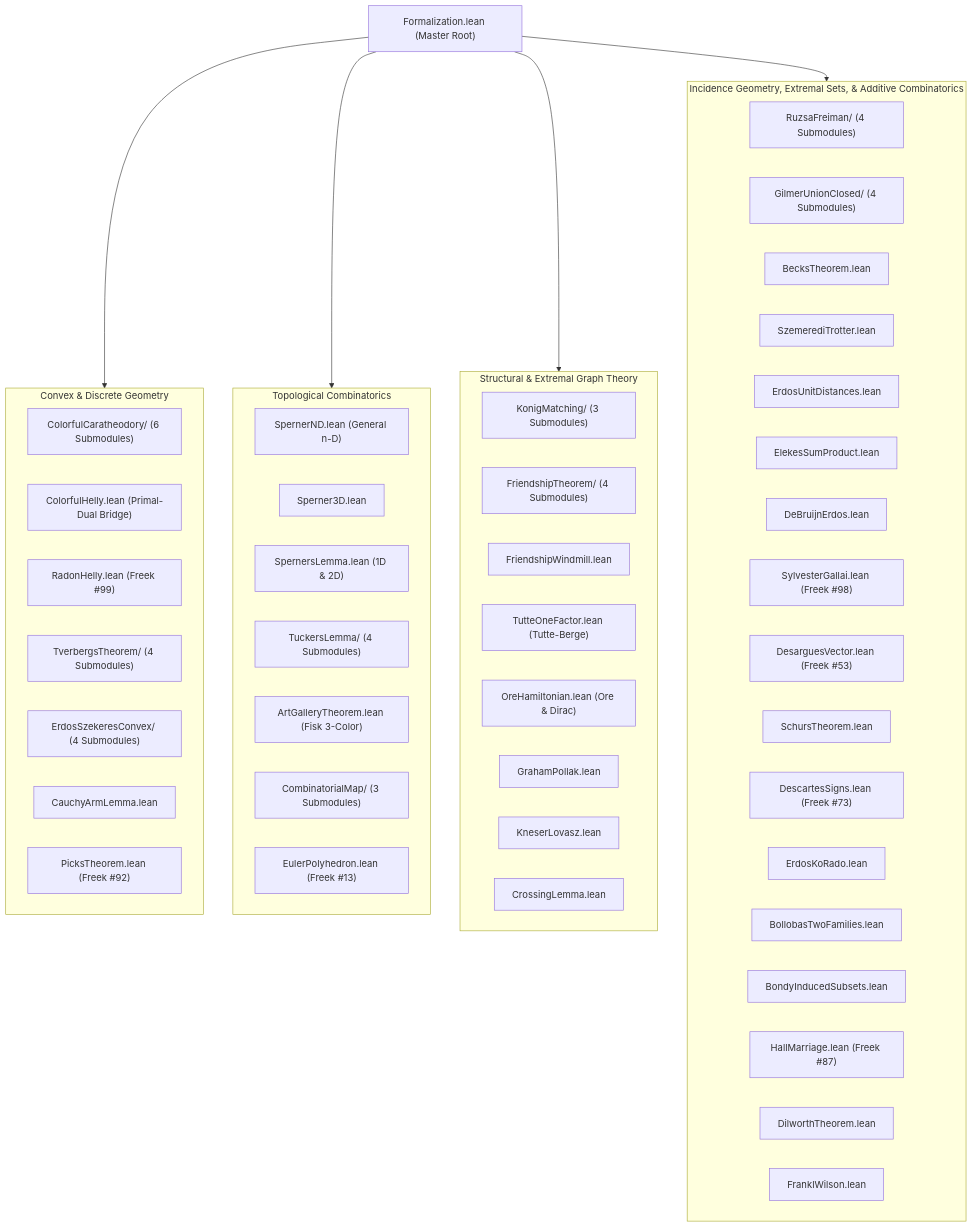
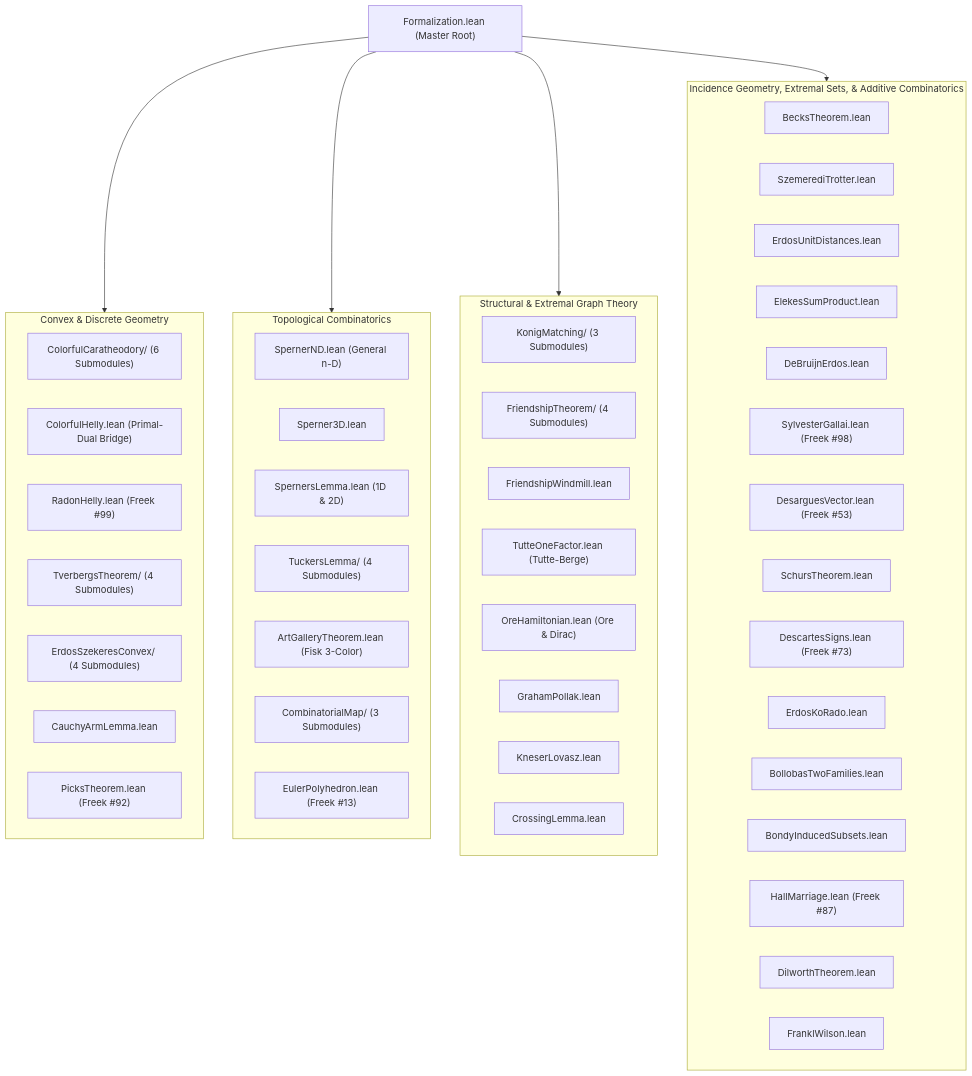
One commit to sneed-and-feed/lean-theorems-1 changed the diagram in README.md. Above: the diagram before and after it, drawn with Mermaid. The commit also changed other lines of this file, not shown here.

Commit message:
docs: sync README.md with removed duplicate suites and active 35-suite architecture

````diff
--- a/README.md
+++ b/README.md
@@ -399,60 +367,58 @@
 ```mermaid
 graph TD
     Root["Formalization.lean (Master Root)"]
     
     subgraph ConvexGeometry ["Convex & Discrete Geometry"]
         CC["ColorfulCaratheodory/ (6 Submodules)"]
         CH["ColorfulHelly.lean (Primal-Dual Bridge)"]
         RH["RadonHelly.lean (Freek #99)"]
         TT["TverbergsTheorem/ (4 Submodules)"]
         ES["ErdosSzekeresConvex/ (4 Submodules)"]
         CA["CauchyArmLemma.lean"]
         PK["PicksTheorem.lean (Freek #92)"]
     end
 
     subgraph TopologicalCombinatorics ["Topological Combinatorics"]
         SND["SpernerND.lean (General n-D)"]
         S3D["Sperner3D.lean"]
         S12["SpernersLemma.lean (1D & 2D)"]
         TL["TuckersLemma/ (4 Submodules)"]
         AG["ArtGalleryTheorem.lean (Fisk 3-Color)"]
         CM["CombinatorialMap/ (3 Submodules)"]
         EP["EulerPolyhedron.lean (Freek #13)"]
     end
 
     subgraph GraphTheory ["Structural & Extremal Graph Theory"]
         KM["KonigMatching/ (3 Submodules)"]
         FT["FriendshipTheorem/ (4 Submodules)"]
         FW["FriendshipWindmill.lean"]
         TO["TutteOneFactor.lean (Tutte-Berge)"]
         OH["OreHamiltonian.lean (Ore & Dirac)"]
         GP["GrahamPollak.lean"]
         KL["KneserLovasz.lean"]
         CL["CrossingLemma.lean"]
     end
 
     subgraph IncidenceAndAdditive ["Incidence Geometry, Extremal Sets, & Additive Combinatorics"]
-        RF["RuzsaFreiman/ (4 Submodules)"]
-        GUC["GilmerUnionClosed/ (4 Submodules)"]
         BE["BecksTheorem.lean"]
         ST["SzemerediTrotter.lean"]
         UD["ErdosUnitDistances.lean"]
         ESP["ElekesSumProduct.lean"]
         DBE["DeBruijnErdos.lean"]
         SG["SylvesterGallai.lean (Freek #98)"]
         DV["DesarguesVector.lean (Freek #53)"]
         SC["SchursTheorem.lean"]
         DS["DescartesSigns.lean (Freek #73)"]
         EKR["ErdosKoRado.lean"]
         BT["BollobasTwoFamilies.lean"]
         BI["BondyInducedSubsets.lean"]
         HM["HallMarriage.lean (Freek #87)"]
         DT["DilworthTheorem.lean"]
         FWI["FranklWilson.lean"]
     end
 
     Root --> ConvexGeometry
     Root --> TopologicalCombinatorics
     Root --> GraphTheory
     Root --> IncidenceAndAdditive
 ```
````
